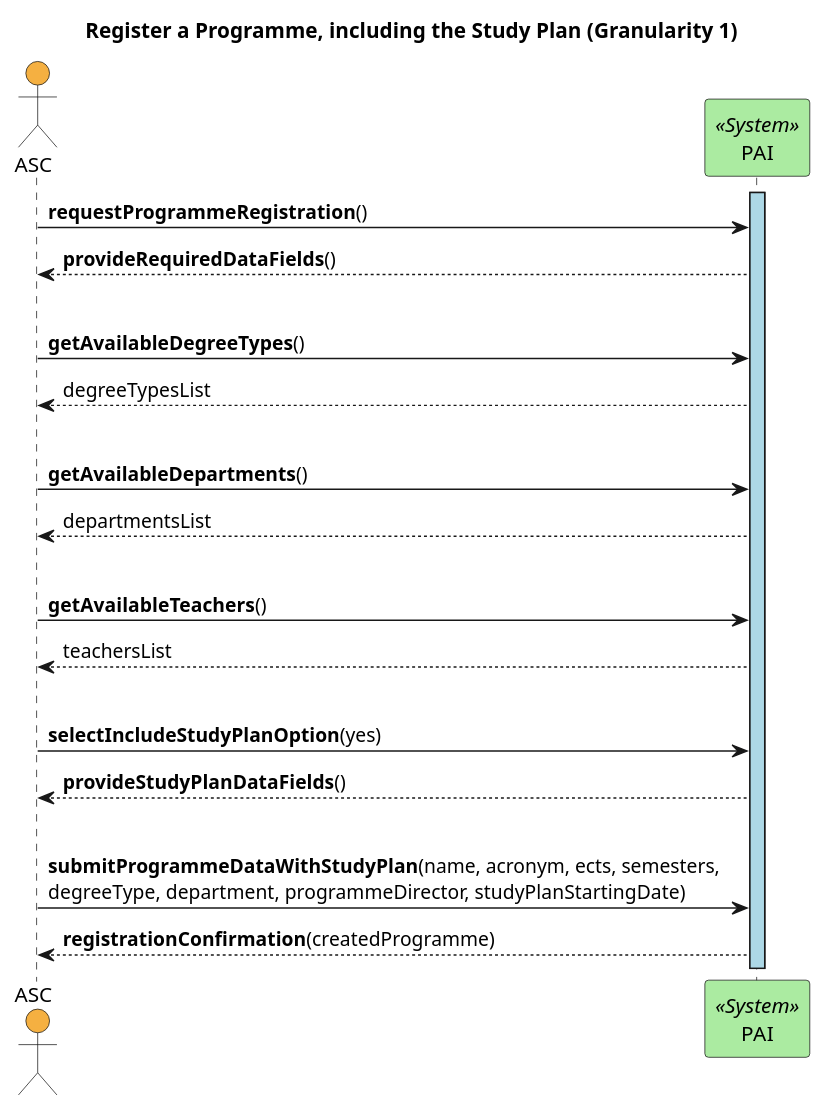
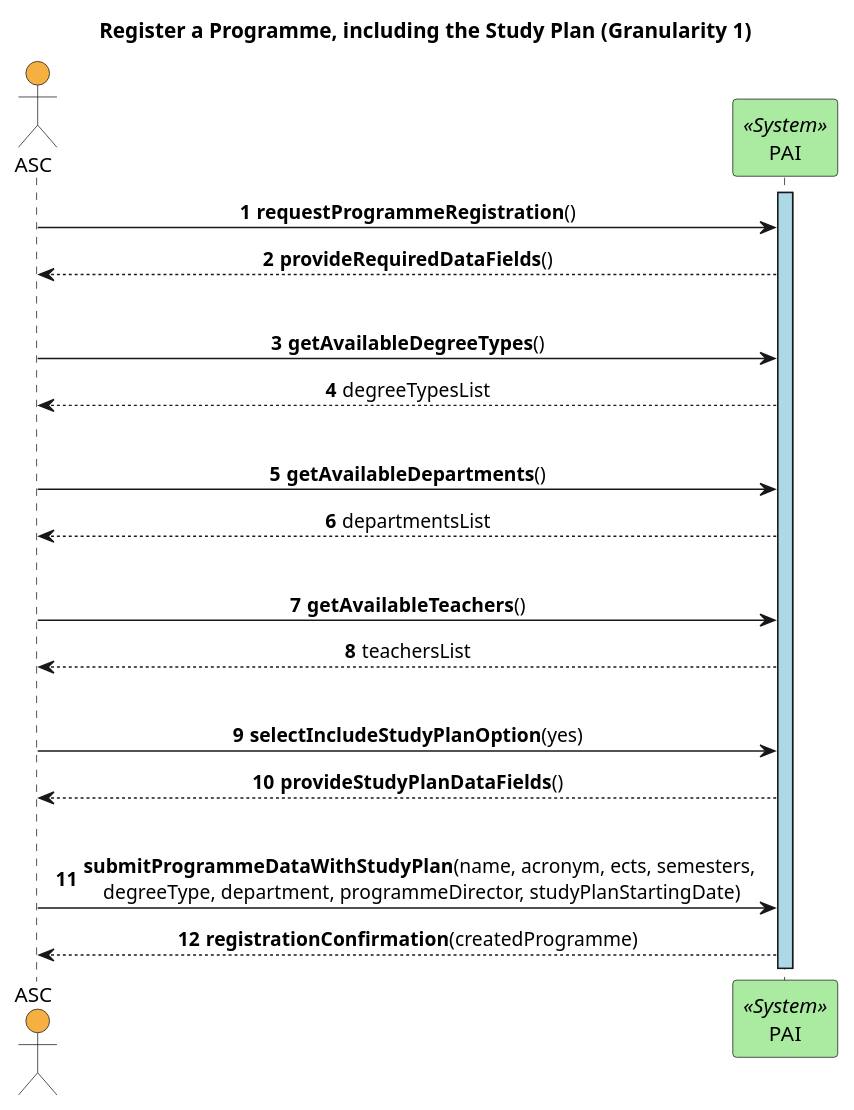
The diagram in docs/US27/Sprint6/ProcessView/Level1.puml (GasparISEP/DevOps-PAI), drawn with PlantUML before and after one commit.

Commit message:
Updated level 1 process view diagram for register programme, including study plan; added auto number. (Ref #527)

```diff
--- a/docs/US27/Sprint6/ProcessView/Level1.puml
+++ b/docs/US27/Sprint6/ProcessView/Level1.puml
@@ -1,27 +1,29 @@
 @startuml
 title Register a Programme, including the Study Plan (Granularity 1)
+skinparam sequenceMessageAlign center
 skinparam sequenceLifeLineBackgroundColor lightblue
+autonumber
 
 actor ASC #F5B041
 participant "PAI" as system <<System>> #ABEBA1
 
 activate system
 ASC -> system: **requestProgrammeRegistration**()
 system --> ASC: **provideRequiredDataFields**()
 |||
 ASC -> system: **getAvailableDegreeTypes**()
 system --> ASC: degreeTypesList
 |||
 ASC -> system: **getAvailableDepartments**()
 system --> ASC: departmentsList
 |||
 ASC -> system: **getAvailableTeachers**()
 system --> ASC: teachersList
 |||
 ASC -> system: **selectIncludeStudyPlanOption**(yes)
 system --> ASC: **provideStudyPlanDataFields**()
 |||
 ASC -> system: **submitProgrammeDataWithStudyPlan**(name, acronym, ects, semesters, \ndegreeType, department, programmeDirector, studyPlanStartingDate)
 system --> ASC: **registrationConfirmation**(createdProgramme)
 
 @enduml
```
